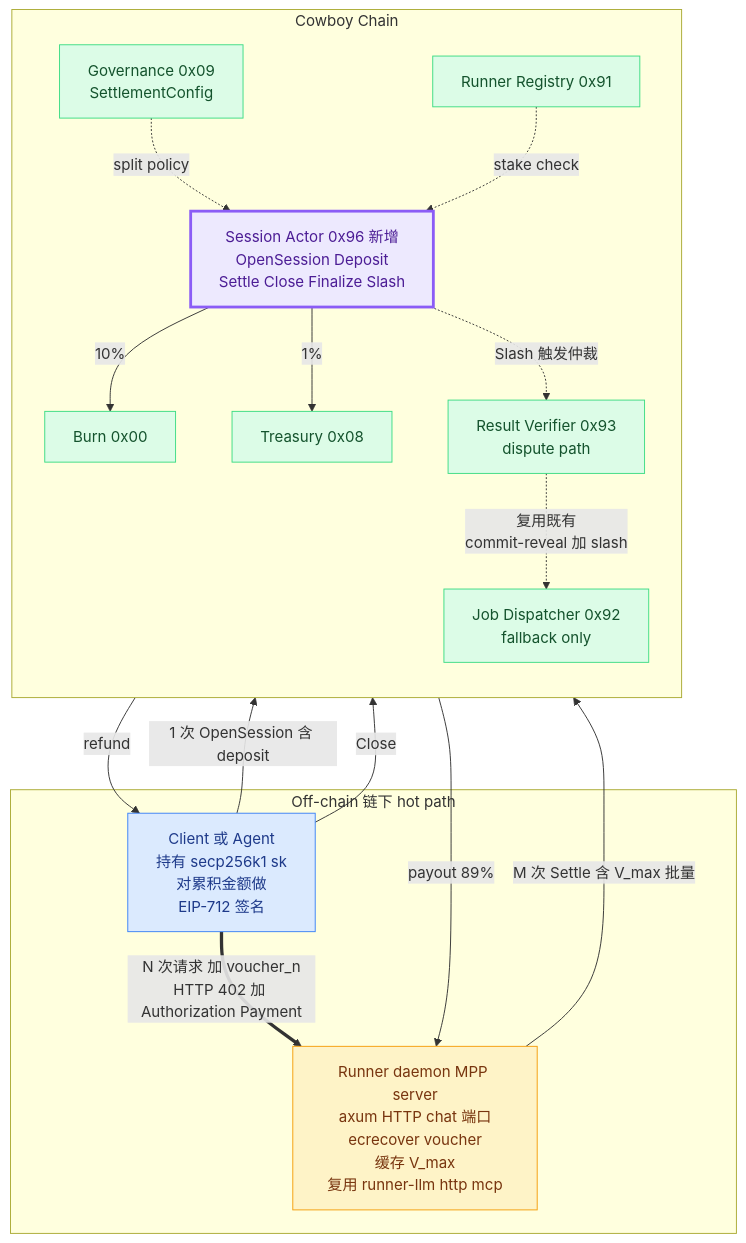
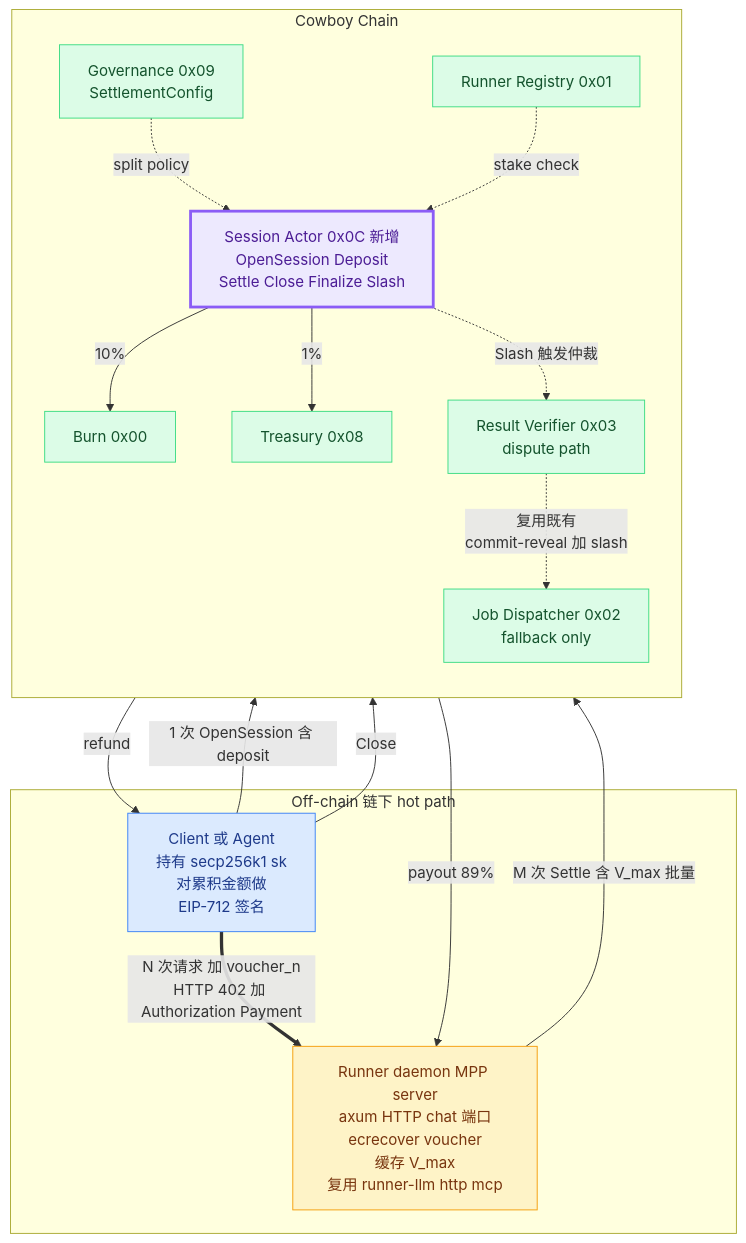
The fifth of 11 diagrams in runner/2026-04-28_MPP_Session_Research.md (shawhanken/refs), drawn with Mermaid before and after one commit. The commit also changed other lines of this file and 5 other files, not shown here.

````diff
--- a/runner/2026-04-28_MPP_Session_Research.md
+++ b/runner/2026-04-28_MPP_Session_Research.md
@@ -323,40 +325,40 @@
 ```mermaid
 flowchart TB
     subgraph CHAIN["Cowboy Chain"]
         direction TB
-        SES["Session Actor 0x96 新增<br/>OpenSession Deposit<br/>Settle Close Finalize Slash"]
-        REG["Runner Registry 0x91"]
-        DSP["Job Dispatcher 0x92<br/>fallback only"]
-        VER["Result Verifier 0x93<br/>dispute path"]
+        SES["Session Actor 0x0C 新增<br/>OpenSession Deposit<br/>Settle Close Finalize Slash"]
+        REG["Runner Registry 0x01"]
+        DSP["Job Dispatcher 0x02<br/>fallback only"]
+        VER["Result Verifier 0x03<br/>dispute path"]
         GOV["Governance 0x09<br/>SettlementConfig"]
         TRE["Treasury 0x08"]
         BURN["Burn 0x00"]
     end
 
     subgraph OFFCHAIN["Off-chain 链下 hot path"]
         AGENT["Client 或 Agent<br/>持有 secp256k1 sk<br/>对累积金额做<br/>EIP-712 签名"]
         RUNNER["Runner daemon MPP server<br/>axum HTTP chat 端口<br/>ecrecover voucher<br/>缓存 V_max<br/>复用 runner-llm http mcp"]
     end
 
     AGENT -- "1 次 OpenSession 含 deposit" --> SES
     AGENT == "N 次请求 加 voucher_n<br/>HTTP 402 加 Authorization Payment" ==> RUNNER
     RUNNER -- "M 次 Settle 含 V_max 批量" --> SES
     AGENT -- "Close" --> SES
     SES -- "refund" --> AGENT
     SES -- "payout 89%" --> RUNNER
     SES -- "10%" --> BURN
     SES -- "1%" --> TRE
     GOV -. "split policy" .-> SES
     REG -. "stake check" .-> SES
     SES -. "Slash 触发仲裁" .-> VER
     VER -. "复用既有<br/>commit-reveal 加 slash" .-> DSP
 
     classDef chain fill:#dcfce7,stroke:#3ddc84,color:#14532d
     classDef offchain fill:#fef3c7,stroke:#f59e0b,color:#78350f
     classDef agent fill:#dbeafe,stroke:#3b82f6,color:#1e3a8a
     classDef new fill:#ede9fe,stroke:#8b5cf6,stroke-width:3px,color:#4c1d95
     class REG,DSP,VER,GOV,TRE,BURN chain
     class RUNNER offchain
     class AGENT agent
     class SES new
 ```
````
